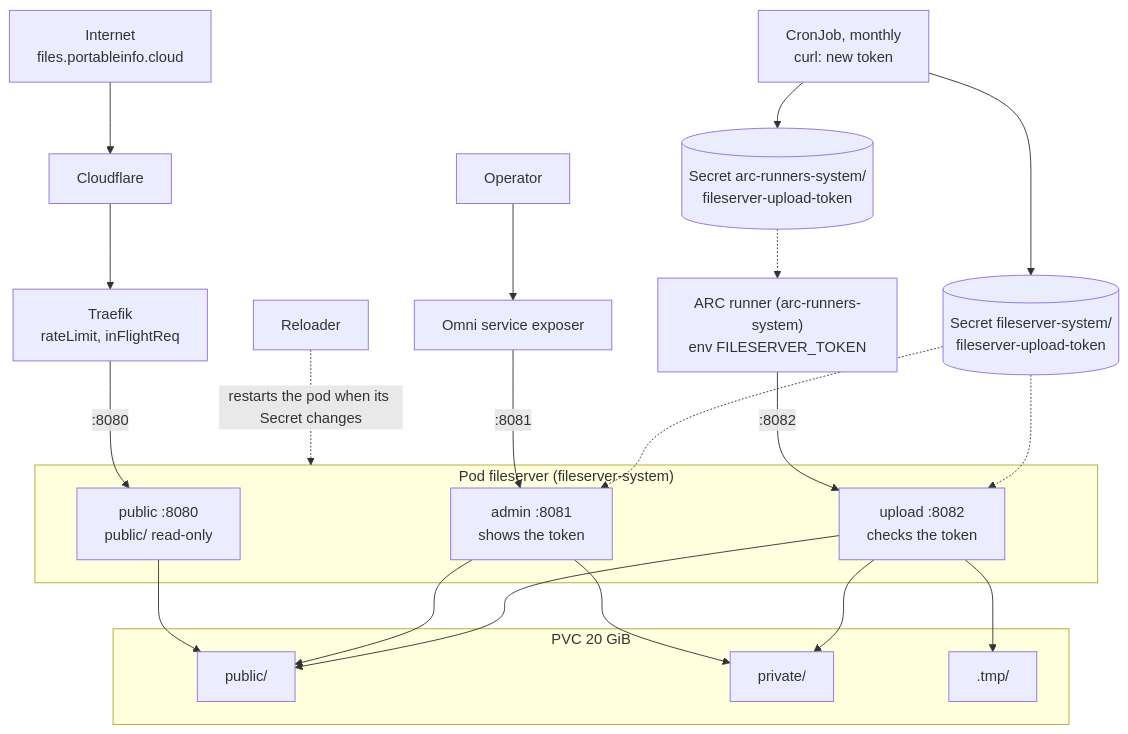
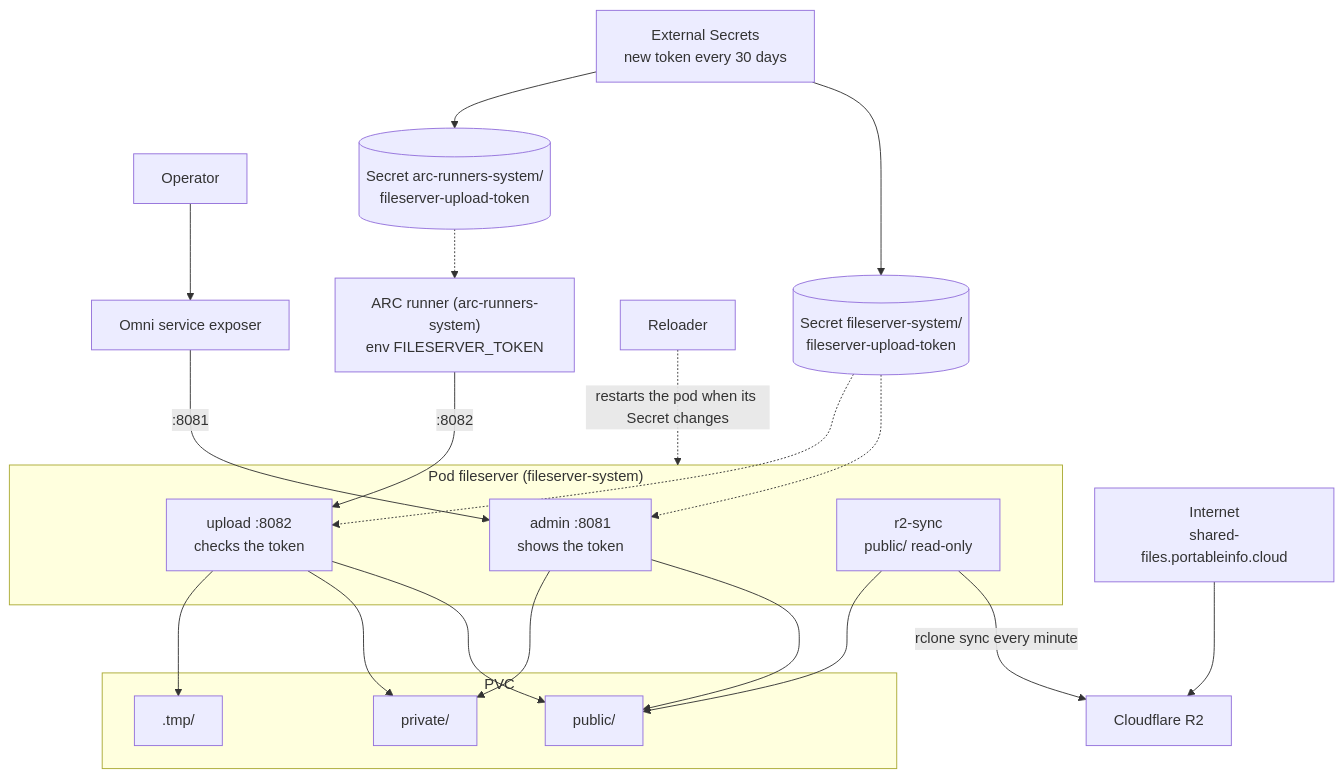
The diagram in images/fileserver/README.md (cthtrifork/talos-gitops), drawn with Mermaid before and after one commit. The commit also changed other lines of this file and 225 other files, not shown here.

````diff
--- a/images/fileserver/README.md
+++ b/images/fileserver/README.md
@@ -12,30 +13,30 @@
 ```mermaid
 flowchart TB
-    NET["Internet<br/>files.portableinfo.cloud"] --> CF["Cloudflare"] --> TR["Traefik<br/>rateLimit, inFlightReq"]
+    NET["Internet<br/>shared-files.portableinfo.cloud"] --> R2["Cloudflare R2"]
     OP["Operator"] --> OMNI["Omni service exposer"]
     RUN["ARC runner (arc-runners-system)<br/>env FILESERVER_TOKEN"]
-    CJ["CronJob, monthly<br/>curl: new token"]
+    ES["External Secrets<br/>new token every 30 days"]
     RL["Reloader"]
     subgraph POD["Pod fileserver (fileserver-system)"]
-        PUB["public :8080<br/>public/ read-only"]
+        SYNC["r2-sync<br/>public/ read-only"]
         ADM["admin :8081<br/>shows the token"]
         UPL["upload :8082<br/>checks the token"]
     end
     S1[("Secret fileserver-system/<br/>fileserver-upload-token")]
     S2[("Secret arc-runners-system/<br/>fileserver-upload-token")]
-    subgraph PVC["PVC 20 GiB"]
+    subgraph PVC["PVC"]
         D1["public/"]
         D2["private/"]
         D3[".tmp/"]
     end
-    TR -->|":8080"| PUB
+    SYNC -->|"rclone sync every minute"| R2
     OMNI -->|":8081"| ADM
     RUN -->|":8082"| UPL
-    CJ --> S1 & S2
+    ES --> S1 & S2
     S1 -.-> ADM & UPL
     S2 -.-> RUN
     RL -.->|"restarts the pod when its Secret changes"| POD
-    PUB --> D1
+    SYNC --> D1
     ADM --> D1 & D2
     UPL --> D1 & D2 & D3
 ```
````
